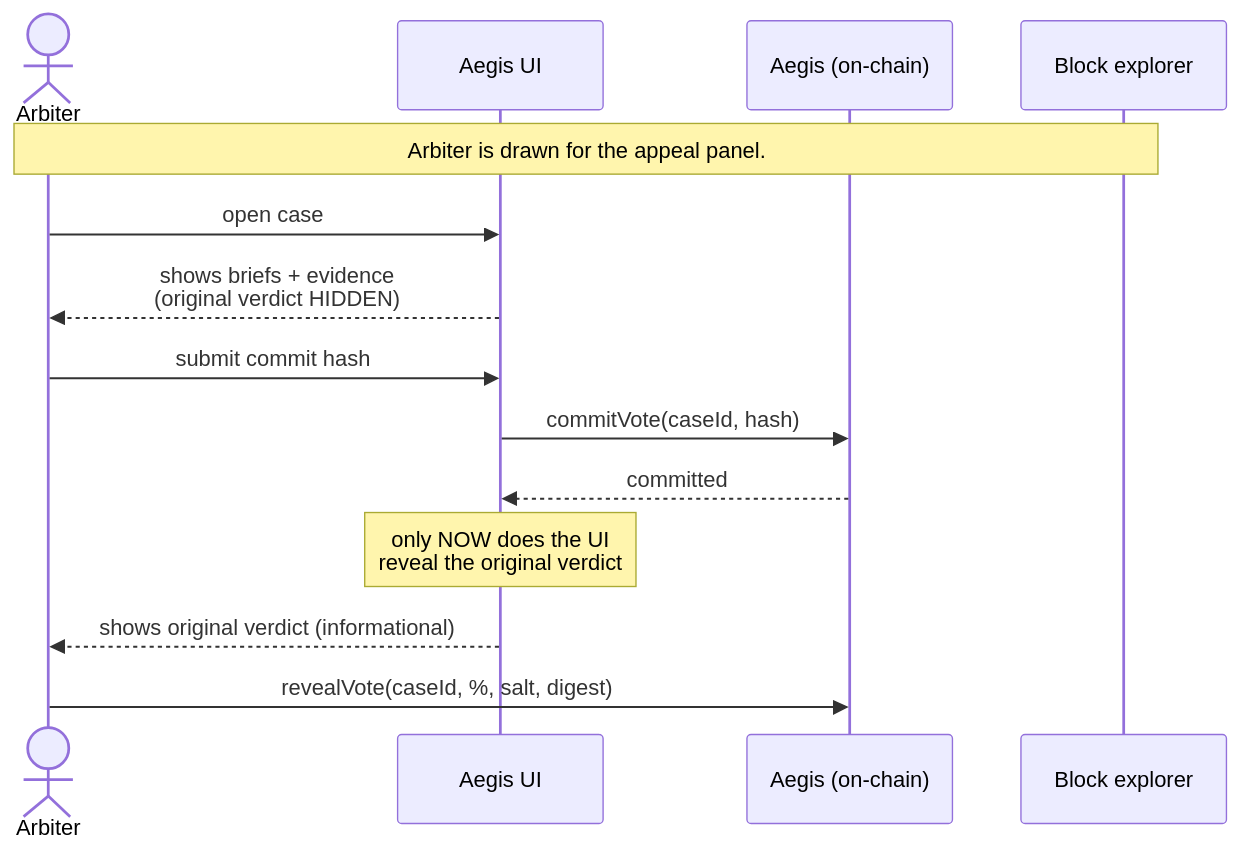
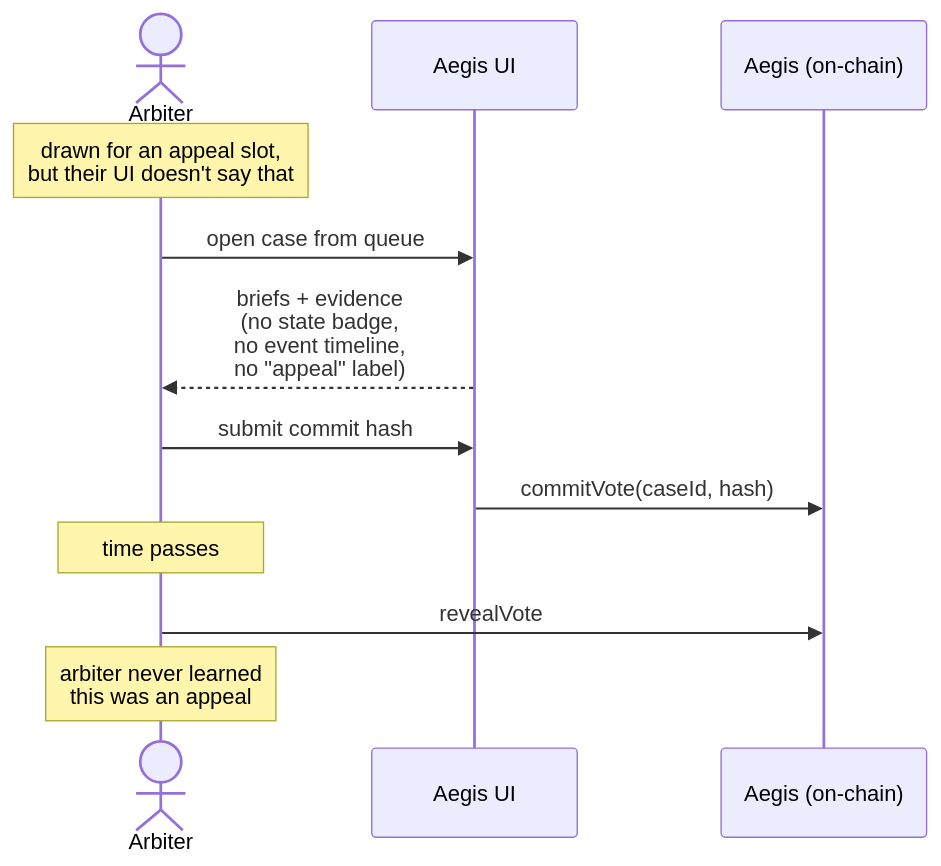
One commit to davidwyly/aegis changed the fifth of 7 diagrams in docs/arbitration-redesign.md. Above: the diagram before and after it, drawn with Mermaid. The commit also changed other lines of this file, not shown here.

````diff
--- a/docs/arbitration-redesign.md
+++ b/docs/arbitration-redesign.md
@@ -203,17 +210,15 @@
 ```mermaid
 sequenceDiagram
     actor Arbiter
     participant UI as Aegis UI
     participant Aegis as Aegis (on-chain)
-    participant Chain as Block explorer
 
-    Note over Arbiter,Chain: Arbiter is drawn for the appeal panel.
-    Arbiter->>UI: open case
-    UI-->>Arbiter: shows briefs + evidence<br/>(original verdict HIDDEN)
+    Note over Arbiter: drawn for an appeal slot,<br/>but their UI doesn't say that
+    Arbiter->>UI: open case from queue
+    UI-->>Arbiter: briefs + evidence<br/>(no state badge,<br/>no event timeline,<br/>no "appeal" label)
     Arbiter->>UI: submit commit hash
     UI->>Aegis: commitVote(caseId, hash)
-    Aegis-->>UI: committed
-    Note over UI: only NOW does the UI<br/>reveal the original verdict
-    UI-->>Arbiter: shows original verdict (informational)
-    Arbiter->>Aegis: revealVote(caseId, %, salt, digest)
+    Note over Arbiter: time passes
+    Arbiter->>Aegis: revealVote
+    Note over Arbiter: arbiter never learned<br/>this was an appeal
 ```
````
